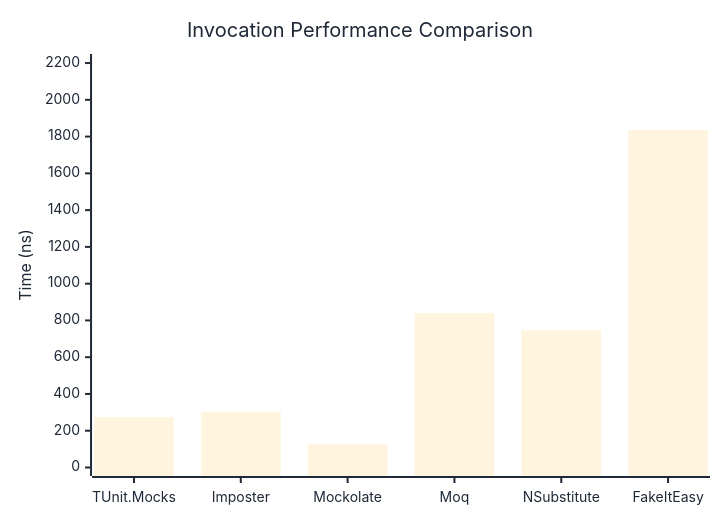
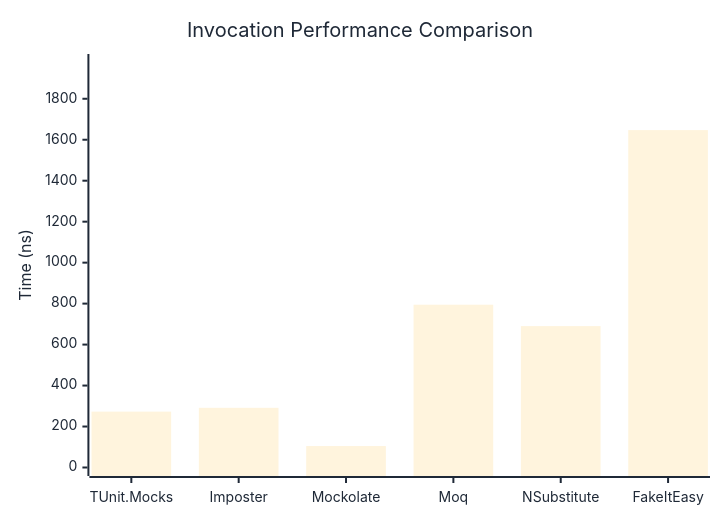
Before and after one commit to thomhurst/TUnit: the first of 3 diagrams in docs/docs/benchmarks/mocks/Invocation.md, drawn with Mermaid. The commit also changed other lines of this file and 14 other files, not shown here.

````diff
--- a/docs/docs/benchmarks/mocks/Invocation.md
+++ b/docs/docs/benchmarks/mocks/Invocation.md
@@ -30,27 +30,27 @@
 ```mermaid
 %%{init: {
   'theme':'base',
   'themeVariables': {
     'primaryColor': '#2563eb',
     'primaryTextColor': '#1f2937',
     'primaryBorderColor': '#1e40af',
     'lineColor': '#6b7280',
     'secondaryColor': '#7c3aed',
     'tertiaryColor': '#dc2626',
     'background': '#ffffff',
     'pie1': '#2563eb',
     'pie2': '#7c3aed',
     'pie3': '#dc2626',
     'pie4': '#f59e0b',
     'pie5': '#10b981',
     'pie6': '#06b6d4',
     'pie7': '#ec4899',
     'pie8': '#6366f1'
   }
 }}%%
 xychart-beta
   title "Invocation Performance Comparison"
   x-axis ["TUnit.Mocks", "Imposter", "Mockolate", "Moq", "NSubstitute", "FakeItEasy"]
-  y-axis "Time (ns)" 0 --> 2203
-  bar [274.1, 302.6, 125.3, 839.3, 746.8, 1835.7]
+  y-axis "Time (ns)" 0 --> 1977
+  bar [272.74, 291.41, 104.74, 794.67, 690.28, 1647.07]
 ```
````
